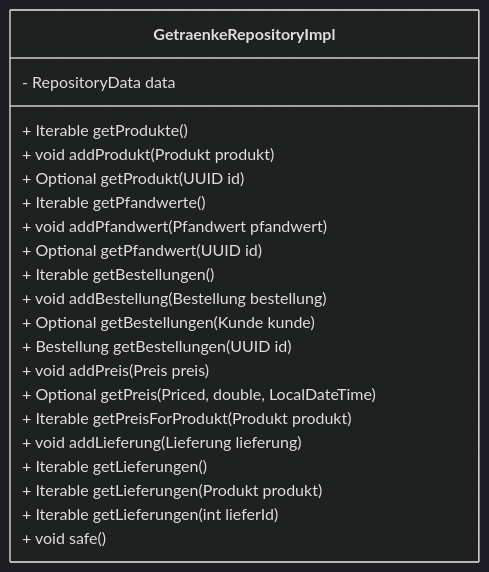
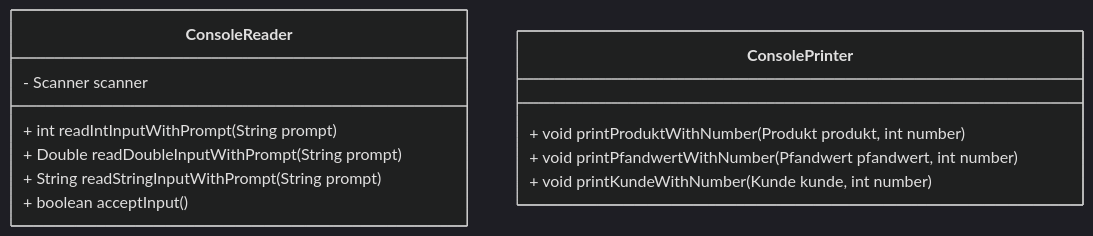
Diagram 18 of 23 in README.md (Gamagu/ase_getraenke), drawn with Mermaid (dark theme) before and after one commit. The commit also changed other lines of this file and 1 other file, not shown here.

````diff
--- a/README.md
+++ b/README.md
@@ -595,31 +636,16 @@
-```mermaid
+```mermaid 
 classDiagram
-	class GetraenkeRepositoryImpl {
-		- RepositoryData data
+class ConsoleReader {
+	- Scanner scanner 
+	+ int readIntInputWithPrompt(String prompt)
+	+ Double readDoubleInputWithPrompt(String prompt)
+	+ String readStringInputWithPrompt(String prompt)
+	+ boolean acceptInput()
+}
 
-		+ Iterable<Produkt> getProdukte()
-		+ void addProdukt(Produkt produkt)
-		+ Optional<Produkt> getProdukt(UUID id)
-
-		+ Iterable<Pfandwert> getPfandwerte()
-		+ void addPfandwert(Pfandwert pfandwert)
-		+ Optional<Pfandwert> getPfandwert(UUID id)
-
-		+ Iterable<Bestellung> getBestellungen()
-		+ void addBestellung(Bestellung bestellung)
-		+ Optional<Bestellung> getBestellungen(Kunde kunde)
-		+ Bestellung getBestellungen(UUID id)
-
-		+ void addPreis(Preis preis)
-		+ Optional<Preis> getPreis(Priced, double, LocalDateTime)
-		+ Iterable<Preis> getPreisForProdukt(Produkt produkt)
-
-		+ void addLieferung(Lieferung lieferung)
-		+ Iterable<Lieferung> getLieferungen()
-		+ Iterable<Lieferung> getLieferungen(Produkt produkt)
-		+ Iterable<Lieferung> getLieferungen(int lieferId)
-
-		+ void safe()
-	}
-
+class ConsolePrinter {
+	+ void printProduktWithNumber(Produkt produkt, int number)
+	+ void printPfandwertWithNumber(Pfandwert pfandwert, int number)
+	+ void printKundeWithNumber(Kunde kunde, int number)
+}
 ```
````
